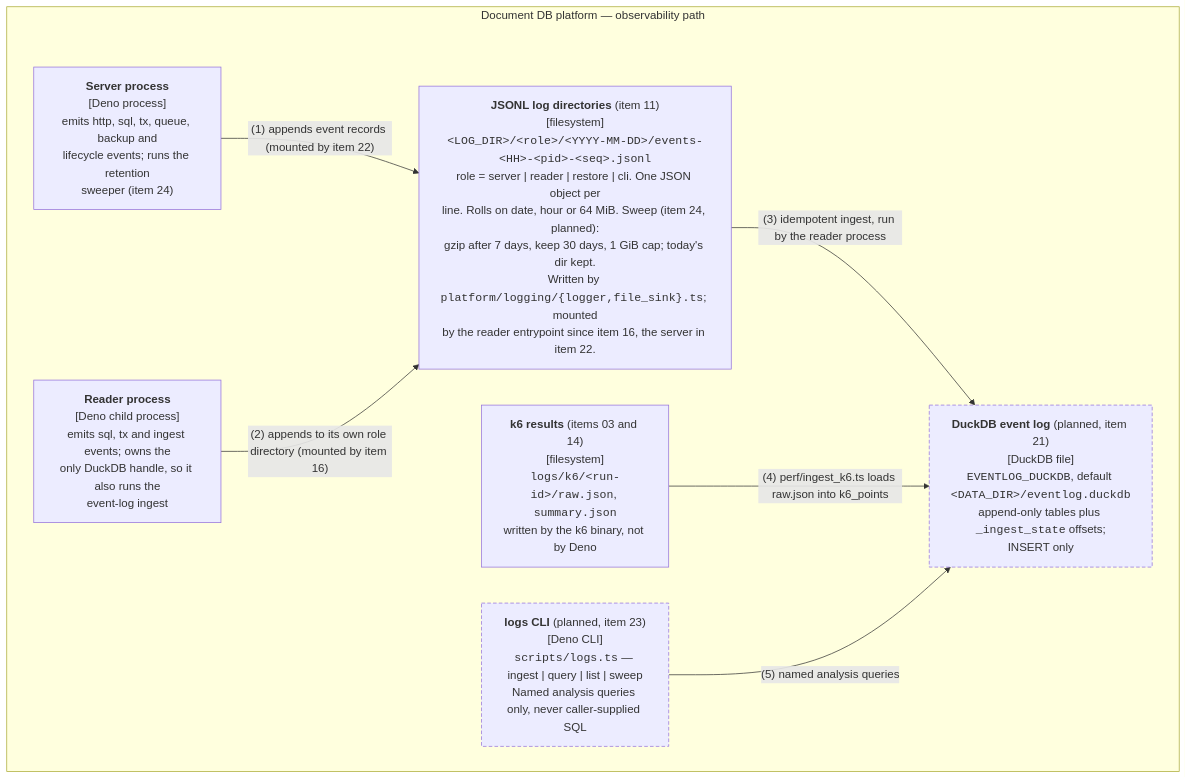
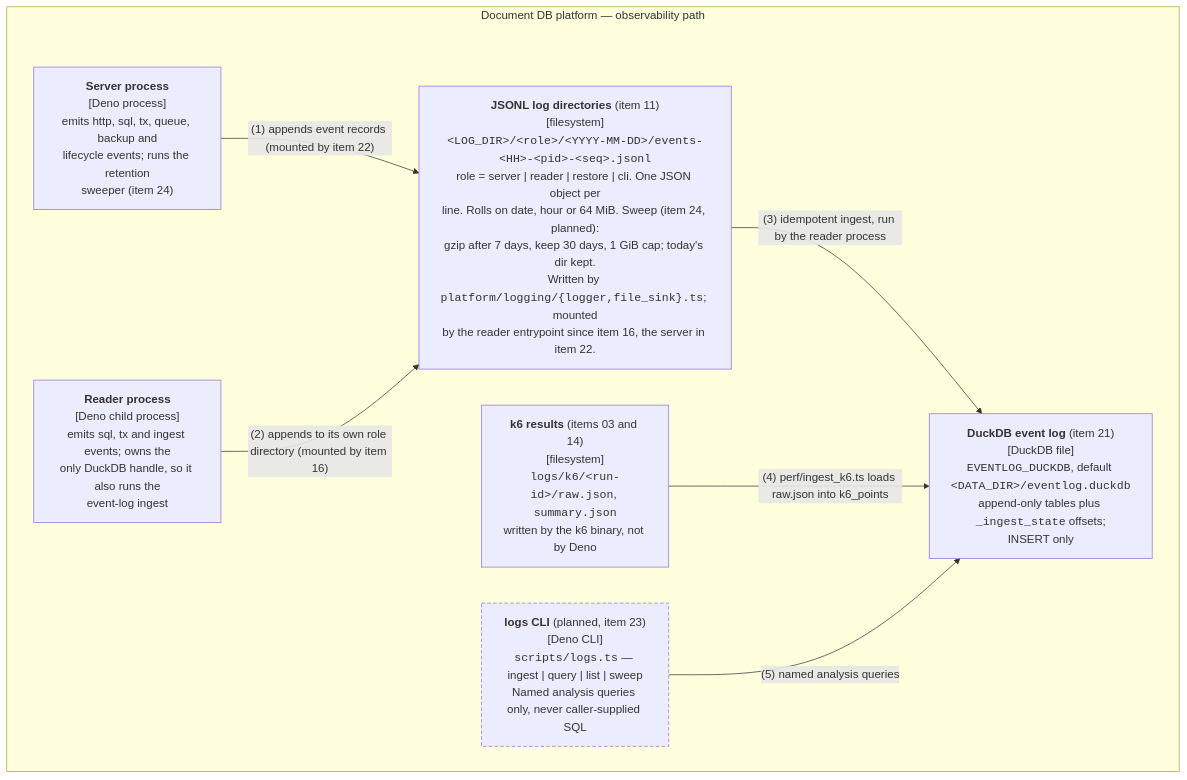
Before and after one commit to nickstrad/ts-db: the diagram in docs/architecture/c4-container-observability.github.md, drawn with Mermaid. The commit also changed other lines of this file and 9 other files, not shown here.

Commit message:
docs: update C4 diagrams for item 21

````diff
--- a/docs/architecture/c4-container-observability.github.md
+++ b/docs/architecture/c4-container-observability.github.md
@@ -25,20 +27,20 @@
 ```mermaid
 flowchart TB
     subgraph host["Document DB platform — observability path"]
         server["<b>Server process</b><br/>[Deno process]<br/>emits http, sql, tx, queue, backup and<br/>lifecycle events; runs the retention<br/>sweeper (item 24)"]
         reader["<b>Reader process</b><br/>[Deno child process]<br/>emits sql, tx and ingest events; owns the<br/>only DuckDB handle, so it also runs the<br/>event-log ingest"]
         jsonl["<b>JSONL log directories</b> (item 11)<br/>[filesystem]<br/><code>&lt;LOG_DIR&gt;/&lt;role&gt;/&lt;YYYY-MM-DD&gt;/events-&lt;HH&gt;-&lt;pid&gt;-&lt;seq&gt;.jsonl</code><br/>role = server | reader | restore | cli. One JSON object per<br/>line. Rolls on date, hour or 64 MiB. Sweep (item 24, planned):<br/>gzip after 7 days, keep 30 days, 1 GiB cap; today's dir kept.<br/>Written by <code>platform/logging/{logger,file_sink}.ts</code>; mounted<br/>by the reader entrypoint since item 16, the server in item 22."]
         k6["<b>k6 results</b> (items 03 and 14)<br/>[filesystem]<br/><code>logs/k6/&lt;run-id&gt;/raw.json</code>, <code>summary.json</code><br/>written by the k6 binary, not by Deno"]
-        duck["<b>DuckDB event log</b> (planned, item 21)<br/>[DuckDB file]<br/><code>EVENTLOG_DUCKDB</code>, default <code>&lt;DATA_DIR&gt;/eventlog.duckdb</code><br/>append-only tables plus <code>_ingest_state</code> offsets;<br/>INSERT only"]
+        duck["<b>DuckDB event log</b> (item 21)<br/>[DuckDB file]<br/><code>EVENTLOG_DUCKDB</code>, default <code>&lt;DATA_DIR&gt;/eventlog.duckdb</code><br/>append-only tables plus <code>_ingest_state</code> offsets;<br/>INSERT only"]
         cli["<b>logs CLI</b> (planned, item 23)<br/>[Deno CLI]<br/><code>scripts/logs.ts</code> — ingest | query | list | sweep<br/>Named analysis queries only, never caller-supplied SQL"]
     end
 
     server -->|"(1) appends event records (mounted by item 22)"| jsonl
     reader -->|"(2) appends to its own role directory (mounted by item 16)"| jsonl
     jsonl -->|"(3) idempotent ingest, run by the reader process"| duck
     k6 -->|"(4) perf/ingest_k6.ts loads raw.json into k6_points"| duck
     cli -->|"(5) named analysis queries"| duck
 
     classDef planned stroke-dasharray: 5 3
-    class duck,cli planned
+    class cli planned
 ```
````
